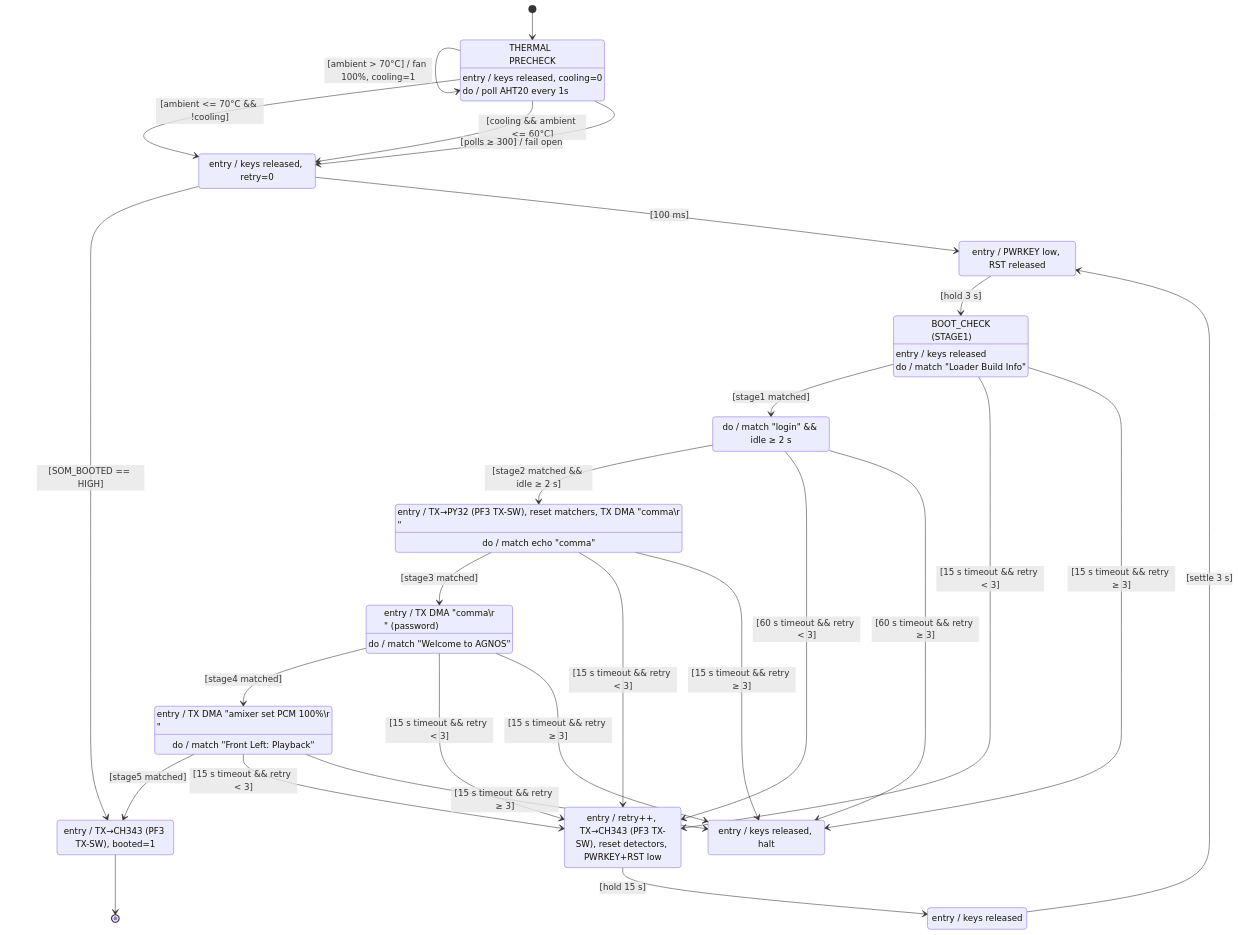
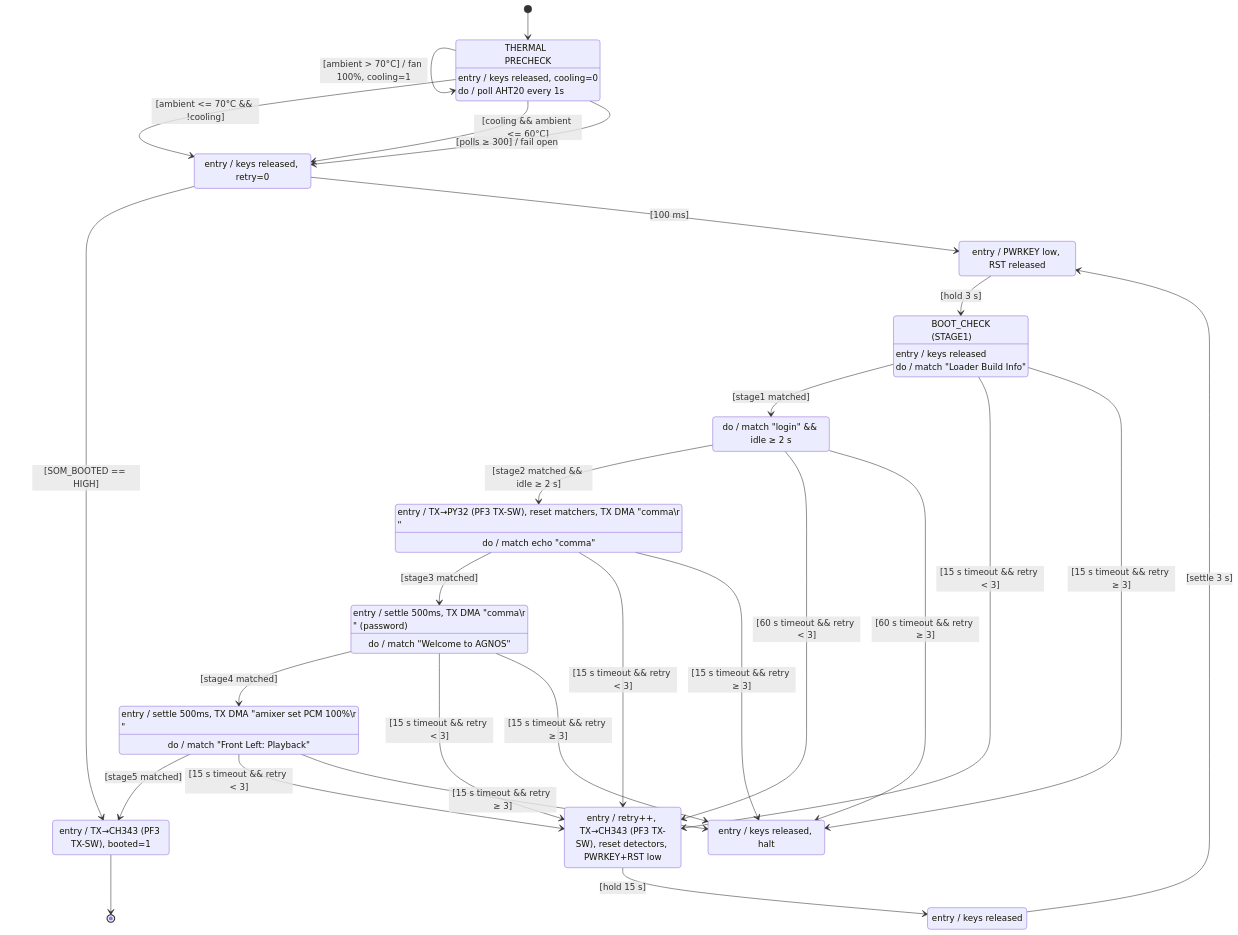
One commit to Vkd4U2NtVkZOVg/py32_control changed diagram 16 of 16 in WORKLOG.md. Above: the diagram before and after it, drawn with Mermaid. The commit also changed other lines of this file and 1 other file, not shown here.

First line of the commit message:
feat(sdm845): settle 500ms before stage4/5 sends (login flushes tty input)

````diff
--- a/WORKLOG.md
+++ b/WORKLOG.md
@@ -1811,62 +1811,62 @@
 ```mermaid
 stateDiagram-v2
     direction TB
 
     [*] --> THERMAL_PRECHECK
 
     state "THERMAL\nPRECHECK" as THERMAL_PRECHECK
     THERMAL_PRECHECK : entry / keys released, cooling=0
     THERMAL_PRECHECK : do / poll AHT20 every 1s
     THERMAL_PRECHECK --> THERMAL_PRECHECK : [ambient > 70°C] / fan 100%, cooling=1
     THERMAL_PRECHECK --> POWER_ON_WAIT : [ambient <= 70°C && !cooling]
     THERMAL_PRECHECK --> POWER_ON_WAIT : [cooling && ambient <= 60°C]
     THERMAL_PRECHECK --> POWER_ON_WAIT : [polls ≥ 300] / fail open
 
     POWER_ON_WAIT : entry / keys released, retry=0
     POWER_ON_WAIT --> BOOT_SUCCESS : [SOM_BOOTED == HIGH]
     POWER_ON_WAIT --> PWR_PRESS : [100 ms]
 
     PWR_PRESS : entry / PWRKEY low, RST released
     PWR_PRESS --> BOOT_CHECK : [hold 3 s]
 
     state "BOOT_CHECK\n(STAGE1)" as BOOT_CHECK
     BOOT_CHECK : entry / keys released
     BOOT_CHECK : do / match "Loader Build Info"
     BOOT_CHECK --> STAGE2_WAIT : [stage1 matched]
     BOOT_CHECK --> BOOT_RESET : [15 s timeout && retry < 3]
     BOOT_CHECK --> STRAP_FAIL : [15 s timeout && retry ≥ 3]
 
     STAGE2_WAIT : do / match "login" && idle ≥ 2 s
     STAGE2_WAIT --> STAGE3_WAIT : [stage2 matched && idle ≥ 2 s]
     STAGE2_WAIT --> BOOT_RESET : [60 s timeout && retry < 3]
     STAGE2_WAIT --> STRAP_FAIL : [60 s timeout && retry ≥ 3]
 
     STAGE3_WAIT : entry / TX→PY32 (PF3 TX-SW), reset matchers, TX DMA "comma\r\n"
     STAGE3_WAIT : do / match echo "comma"
     STAGE3_WAIT --> STAGE4_WAIT : [stage3 matched]
     STAGE3_WAIT --> BOOT_RESET : [15 s timeout && retry < 3]
     STAGE3_WAIT --> STRAP_FAIL : [15 s timeout && retry ≥ 3]
 
-    STAGE4_WAIT : entry / TX DMA "comma\r\n" (password)
+    STAGE4_WAIT : entry / settle 500ms, TX DMA "comma\r\n" (password)
     STAGE4_WAIT : do / match "Welcome to AGNOS"
     STAGE4_WAIT --> STAGE5_WAIT : [stage4 matched]
     STAGE4_WAIT --> BOOT_RESET : [15 s timeout && retry < 3]
     STAGE4_WAIT --> STRAP_FAIL : [15 s timeout && retry ≥ 3]
 
-    STAGE5_WAIT : entry / TX DMA "amixer set PCM 100%\r\n"
+    STAGE5_WAIT : entry / settle 500ms, TX DMA "amixer set PCM 100%\r\n"
     STAGE5_WAIT : do / match "Front Left: Playback"
     STAGE5_WAIT --> BOOT_SUCCESS : [stage5 matched]
     STAGE5_WAIT --> BOOT_RESET : [15 s timeout && retry < 3]
     STAGE5_WAIT --> STRAP_FAIL : [15 s timeout && retry ≥ 3]
 
     BOOT_SUCCESS : entry / TX→CH343 (PF3 TX-SW), booted=1
     BOOT_SUCCESS --> [*]
 
     BOOT_RESET : entry / retry++, TX→CH343 (PF3 TX-SW), reset detectors, PWRKEY+RST low
     BOOT_RESET --> PMIC_SETTLE : [hold 15 s]
 
     PMIC_SETTLE : entry / keys released
     PMIC_SETTLE --> PWR_PRESS : [settle 3 s]
 
     STRAP_FAIL : entry / keys released, halt
 ```
````
